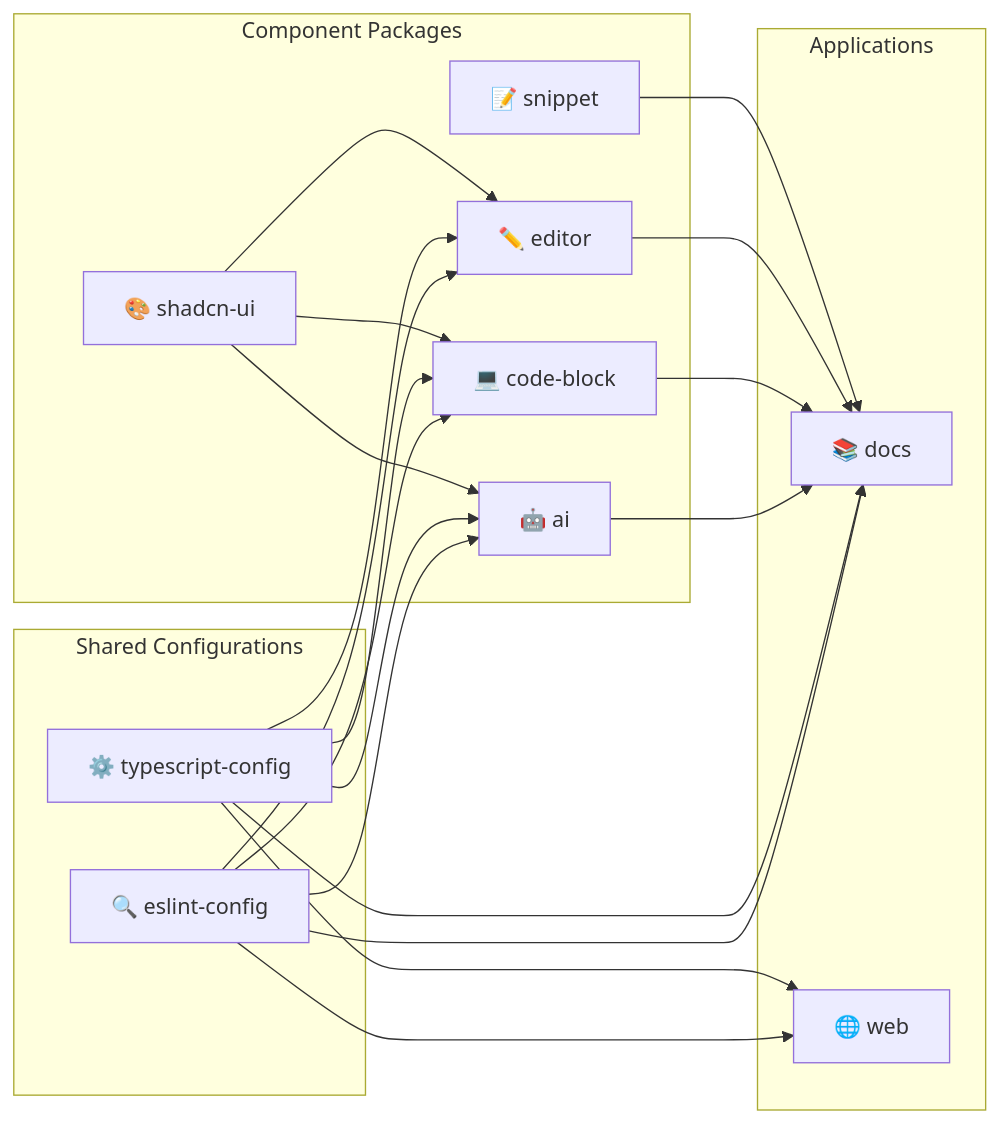
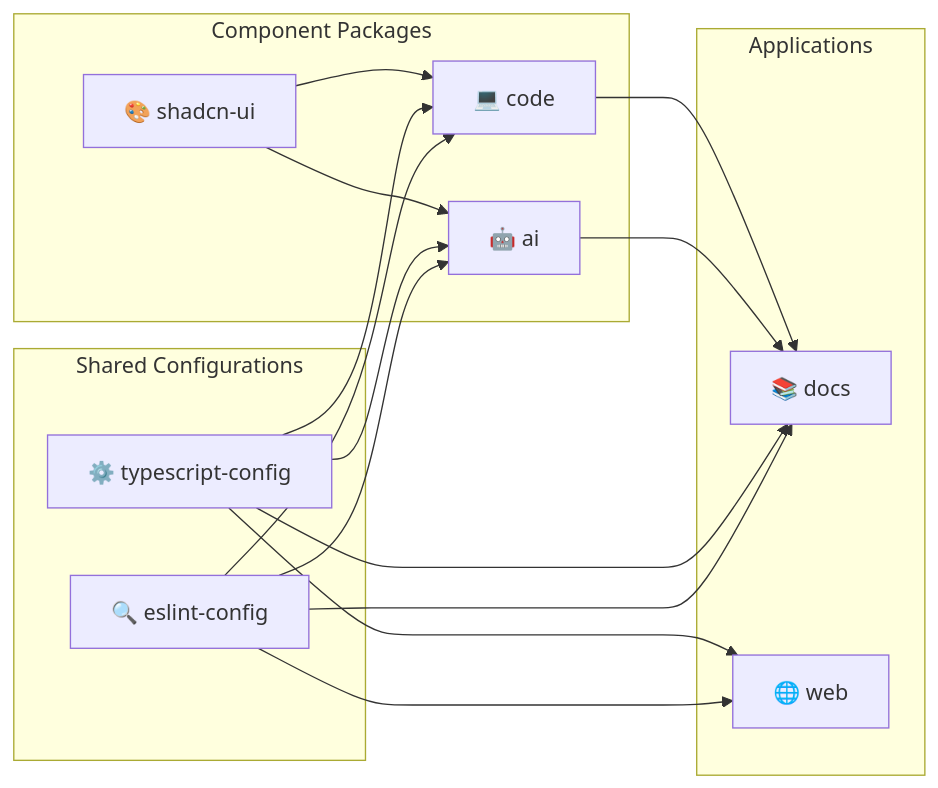
Before and after one commit to DeDevsClub/dedevs-ui: the ninth of 12 diagrams in docs/architecture.md, drawn with Mermaid. The commit also changed other lines of this file and 18 other files, not shown here.

Commit message:
refactor: consolidate code editor components and update registry paths

````diff
--- a/docs/architecture.md
+++ b/docs/architecture.md
@@ -440,41 +443,34 @@
 ```mermaid
 graph LR
     subgraph "Shared Configurations"
         ESLINT_CONFIG["🔍 eslint-config"]
         TS_CONFIG["⚙️ typescript-config"]
     end
     
     subgraph "Component Packages"
         AI["🤖 ai"]
-        CODE_BLOCK["💻 code-block"]
-        EDITOR["✏️ editor"]
+        CODE["💻 code"]
         SHADCN["🎨 shadcn-ui"]
-        SNIPPET["📝 snippet"]
     end
     
     subgraph "Applications"
         DOCS["📚 docs"]
         WEB["🌐 web"]
     end
     
     ESLINT_CONFIG --> AI
-    ESLINT_CONFIG --> CODE_BLOCK
-    ESLINT_CONFIG --> EDITOR
+    ESLINT_CONFIG --> CODE
     ESLINT_CONFIG --> DOCS
     ESLINT_CONFIG --> WEB
     
     TS_CONFIG --> AI
-    TS_CONFIG --> CODE_BLOCK
-    TS_CONFIG --> EDITOR
+    TS_CONFIG --> CODE
     TS_CONFIG --> DOCS
     TS_CONFIG --> WEB
     
     SHADCN --> AI
-    SHADCN --> CODE_BLOCK
-    SHADCN --> EDITOR
+    SHADCN --> CODE
     
     AI --> DOCS
-    CODE_BLOCK --> DOCS
-    EDITOR --> DOCS
-    SNIPPET --> DOCS
+    CODE --> DOCS
 ```
````
